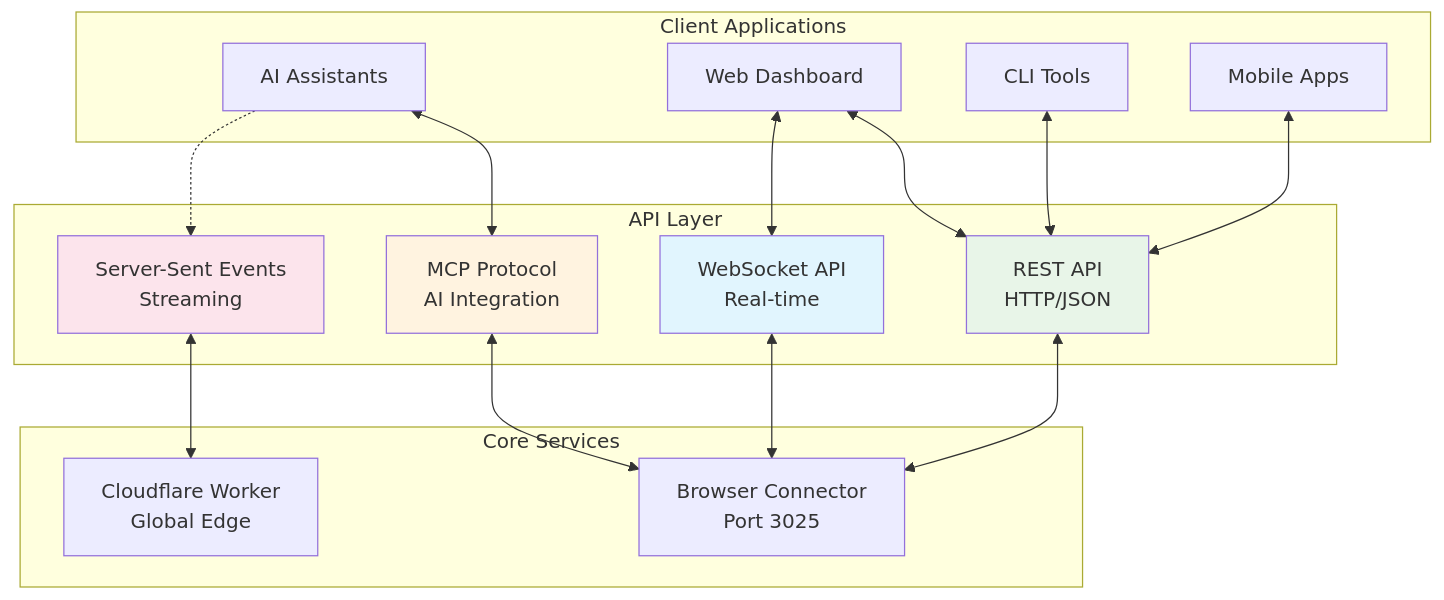
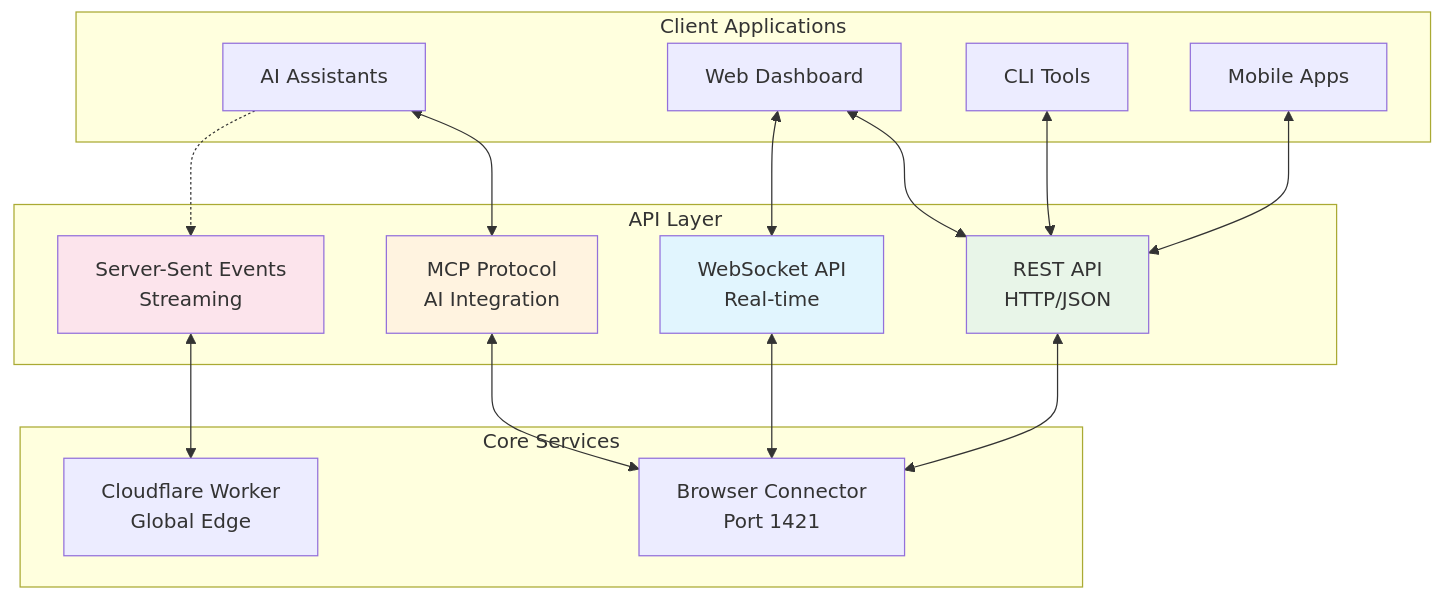
The diagram in docs-site/api/index.md (siri1410/rapidtriageME), drawn with Mermaid before and after one commit. The commit also changed other lines of this file and 67 other files, not shown here.

````diff
--- a/docs-site/api/index.md
+++ b/docs-site/api/index.md
@@ -7,39 +7,39 @@
 ```mermaid
 graph TB
     subgraph "Client Applications"
         AI[AI Assistants]
         WEB[Web Dashboard]
         CLI[CLI Tools]
         MOBILE[Mobile Apps]
     end
     
     subgraph "API Layer"
         MCP[MCP Protocol<br/>AI Integration]
         REST[REST API<br/>HTTP/JSON]
         WS[WebSocket API<br/>Real-time]
         SSE[Server-Sent Events<br/>Streaming]
     end
     
     subgraph "Core Services"
-        BC[Browser Connector<br/>Port 3025]
+        BC[Browser Connector<br/>Port 1421]
         CW[Cloudflare Worker<br/>Global Edge]
     end
     
     AI <--> MCP
     WEB <--> REST
     CLI <--> REST
     MOBILE <--> REST
     
     AI -.-> SSE
     WEB <--> WS
     
     MCP <--> BC
     REST <--> BC
     WS <--> BC
     SSE <--> CW
     
     style MCP fill:#fff3e0
     style REST fill:#e8f5e8
     style WS fill:#e1f5fe
     style SSE fill:#fce4ec
 ```
````
